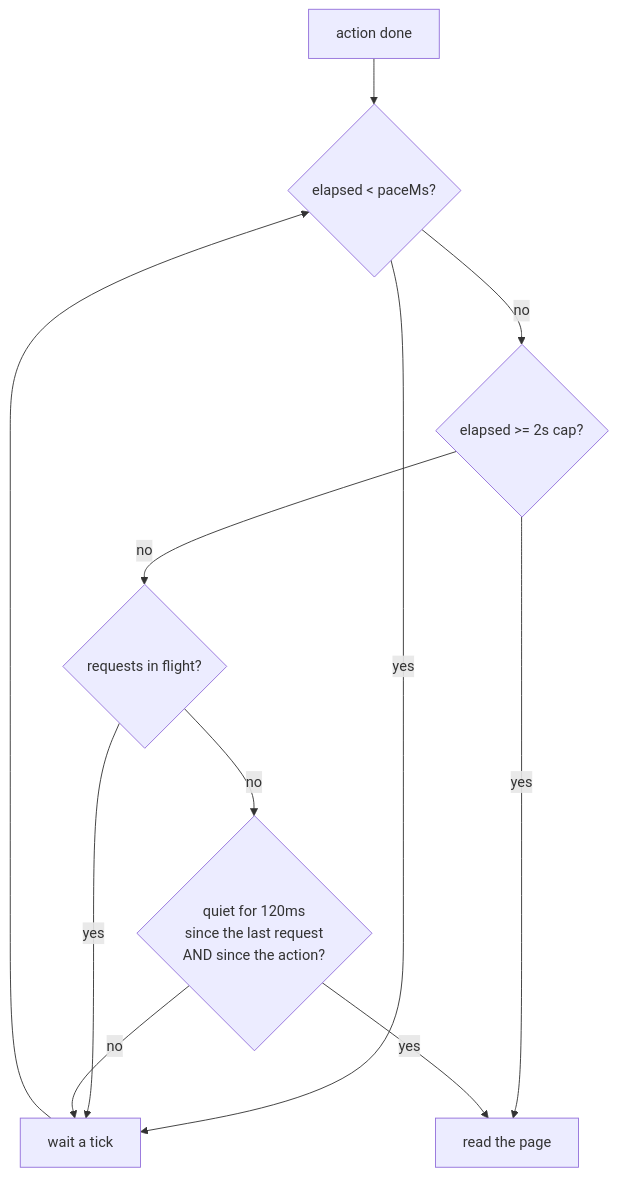
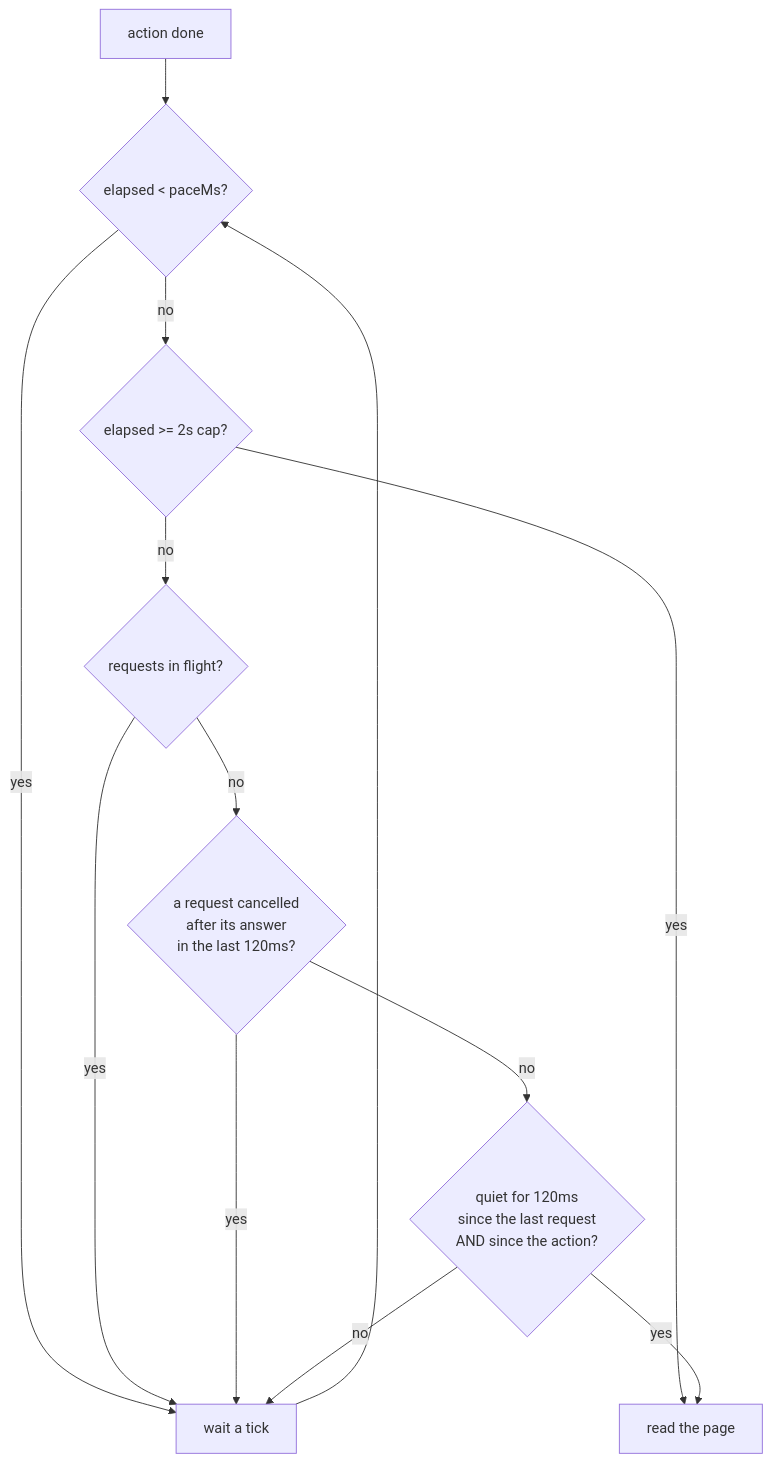
One commit to brunoboto96/SceneScout changed the third of 9 diagrams in docs/how-it-works.md. Above: the diagram before and after it, drawn with Mermaid. The commit also changed other lines of this file and 7 other files, not shown here.

First line of the commit message:
Settle: keep the quiet window after the browser cancels a request (#665)

````diff
--- a/docs/how-it-works.md
+++ b/docs/how-it-works.md
@@ -90,13 +90,15 @@
 ```mermaid
 flowchart TD
     A[action done] --> B{elapsed < paceMs?}
     B -->|yes| W[wait a tick]
     B -->|no| C{elapsed >= 2s cap?}
     C -->|yes| R[read the page]
     C -->|no| D{requests in flight?}
     D -->|yes| W
-    D -->|no| E{quiet for 120ms<br/>since the last request<br/>AND since the action?}
+    D -->|no| X{a request cancelled<br/>after its answer<br/>in the last 120ms?}
+    X -->|yes| W
+    X -->|no| E{quiet for 120ms<br/>since the last request<br/>AND since the action?}
     E -->|no| W
     E -->|yes| R
     W --> B
 ```
````
